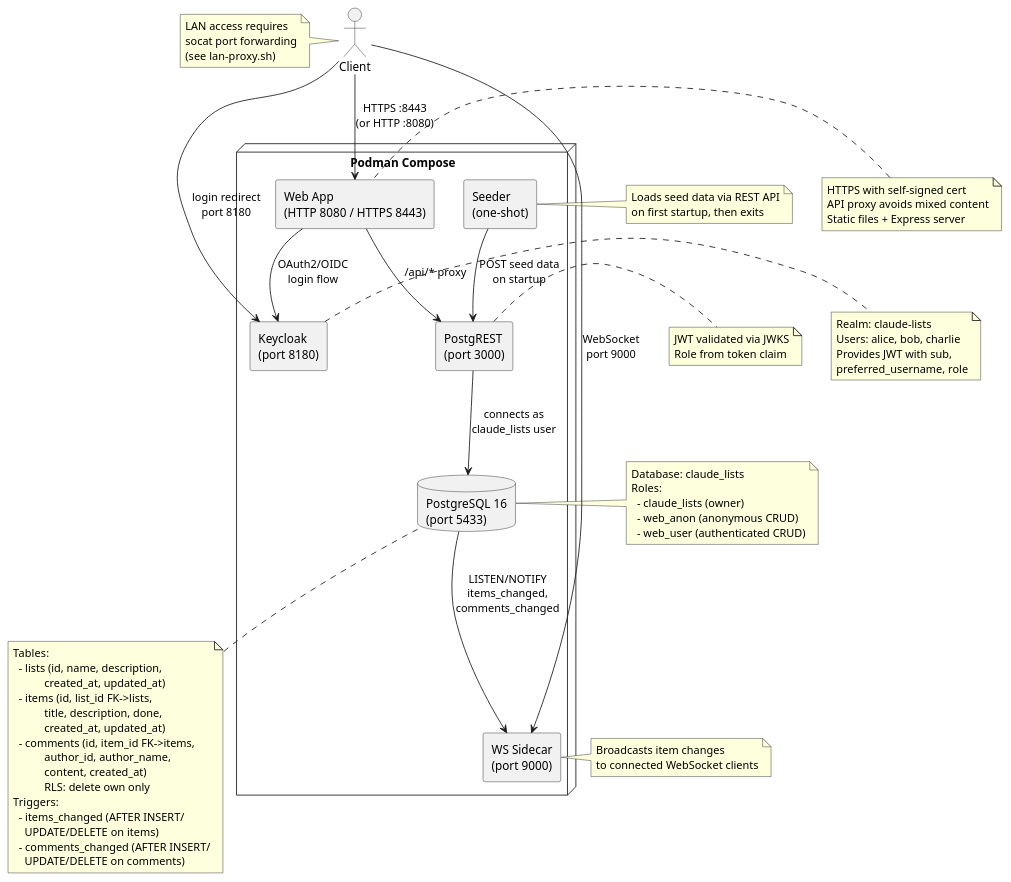
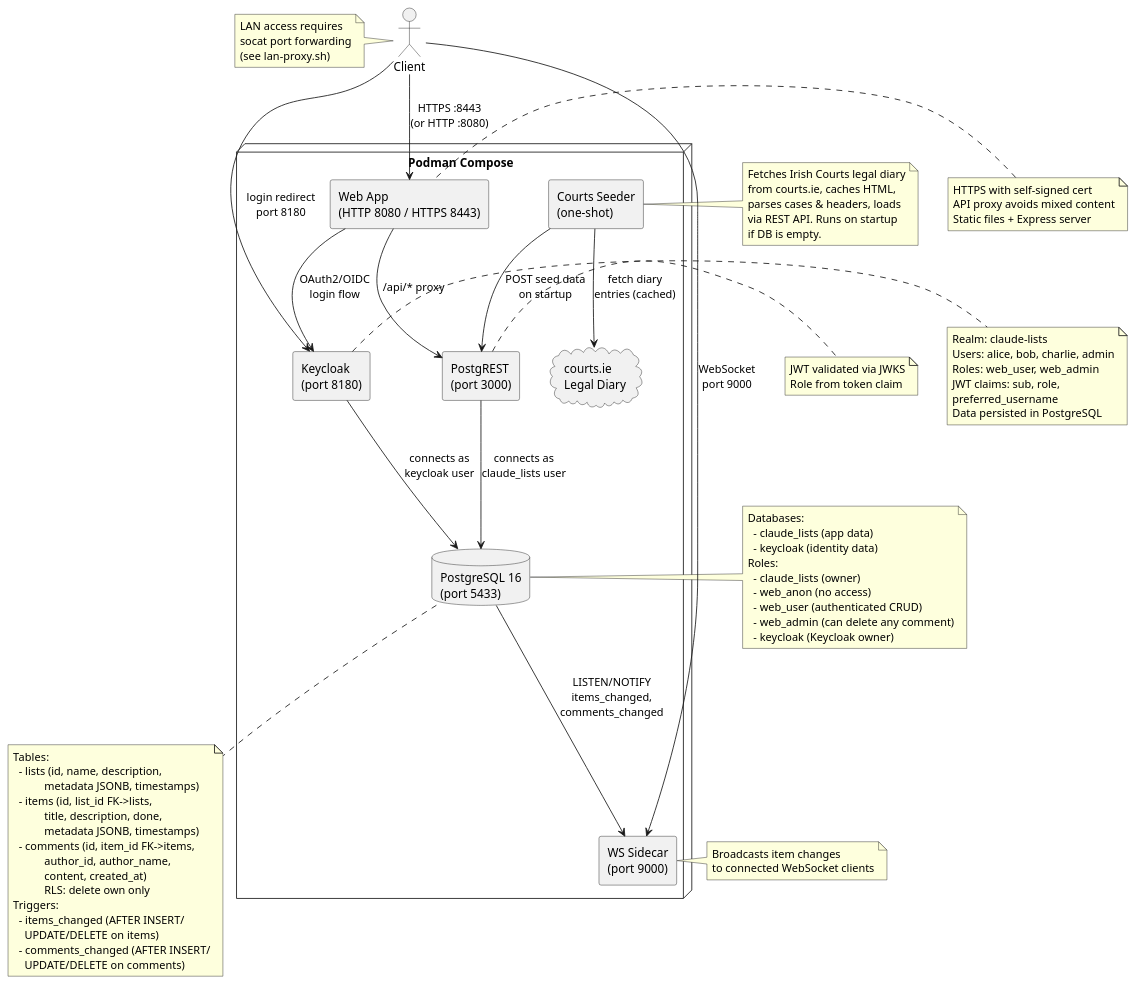
Before and after one commit to conroydamien/claude_lists_api: the diagram in docs/architecture.puml, drawn with PlantUML. The commit also changed 15 other files, not shown here.

First line of the commit message:
Add courts.ie seeder and UI improvements for legal diary data

```diff
--- a/docs/architecture.puml
+++ b/docs/architecture.puml
@@ -1,86 +1,98 @@
 @startuml Claude Lists API Architecture
 
 skinparam componentStyle rectangle
 
 actor "Client" as client
 
 node "Podman Compose" {
     component "Web App\n(HTTP 8080 / HTTPS 8443)" as web
     component "PostgREST\n(port 3000)" as postgrest
     component "WS Sidecar\n(port 9000)" as wssidecar
     component "Keycloak\n(port 8180)" as keycloak
-    component "Seeder\n(one-shot)" as seeder
+    component "Courts Seeder\n(one-shot)" as seeder
+    cloud "courts.ie\nLegal Diary" as courts
     database "PostgreSQL 16\n(port 5433)" as db
 
     web --> postgrest : "/api/* proxy"
     web --> keycloak : "OAuth2/OIDC\nlogin flow"
     seeder --> postgrest : "POST seed data\non startup"
+    seeder --> courts : "fetch diary\nentries (cached)"
     postgrest --> db : "connects as\nclaude_lists user"
+    keycloak --> db : "connects as\nkeycloak user"
     db --> wssidecar : "LISTEN/NOTIFY\nitems_changed,\ncomments_changed"
 }
 
 client --> web : "HTTPS :8443\n(or HTTP :8080)"
 client --> wssidecar : "WebSocket\nport 9000"
 client --> keycloak : "login redirect\nport 8180"
 
 note left of client
   LAN access requires
   socat port forwarding
   (see lan-proxy.sh)
 end note
 
 note right of db
-  Database: claude_lists
+  Databases:
+    - claude_lists (app data)
+    - keycloak (identity data)
   Roles:
     - claude_lists (owner)
-    - web_anon (anonymous CRUD)
+    - web_anon (no access)
     - web_user (authenticated CRUD)
+    - web_admin (can delete any comment)
+    - keycloak (Keycloak owner)
 end note
 
 note bottom of db
   Tables:
     - lists (id, name, description,
-             created_at, updated_at)
+             metadata JSONB, timestamps)
     - items (id, list_id FK->lists,
              title, description, done,
-             created_at, updated_at)
+             metadata JSONB, timestamps)
     - comments (id, item_id FK->items,
              author_id, author_name,
              content, created_at)
              RLS: delete own only
   Triggers:
     - items_changed (AFTER INSERT/
       UPDATE/DELETE on items)
     - comments_changed (AFTER INSERT/
       UPDATE/DELETE on comments)
 end note
 
 note right of postgrest
   JWT validated via JWKS
   Role from token claim
 end note
 
 note right of keycloak
   Realm: claude-lists
-  Users: alice, bob, charlie
-  Provides JWT with sub,
-  preferred_username, role
+  Users: alice, bob, charlie, admin
+  Roles: web_user, web_admin
+  JWT claims: sub, role,
+  preferred_username
+  Data persisted in PostgreSQL
 end note
 
 note right of wssidecar
   Broadcasts item changes
   to connected WebSocket clients
 end note
 
 note right of seeder
-  Loads seed data via REST API
-  on first startup, then exits
+  Fetches Irish Courts legal diary
+  from courts.ie, caches HTML,
+  parses cases & headers, loads
+  via REST API. Runs on startup
+  if DB is empty.
 end note
 
 note left of web
   HTTPS with self-signed cert
   API proxy avoids mixed content
   Static files + Express server
 end note
 
 @enduml
```
